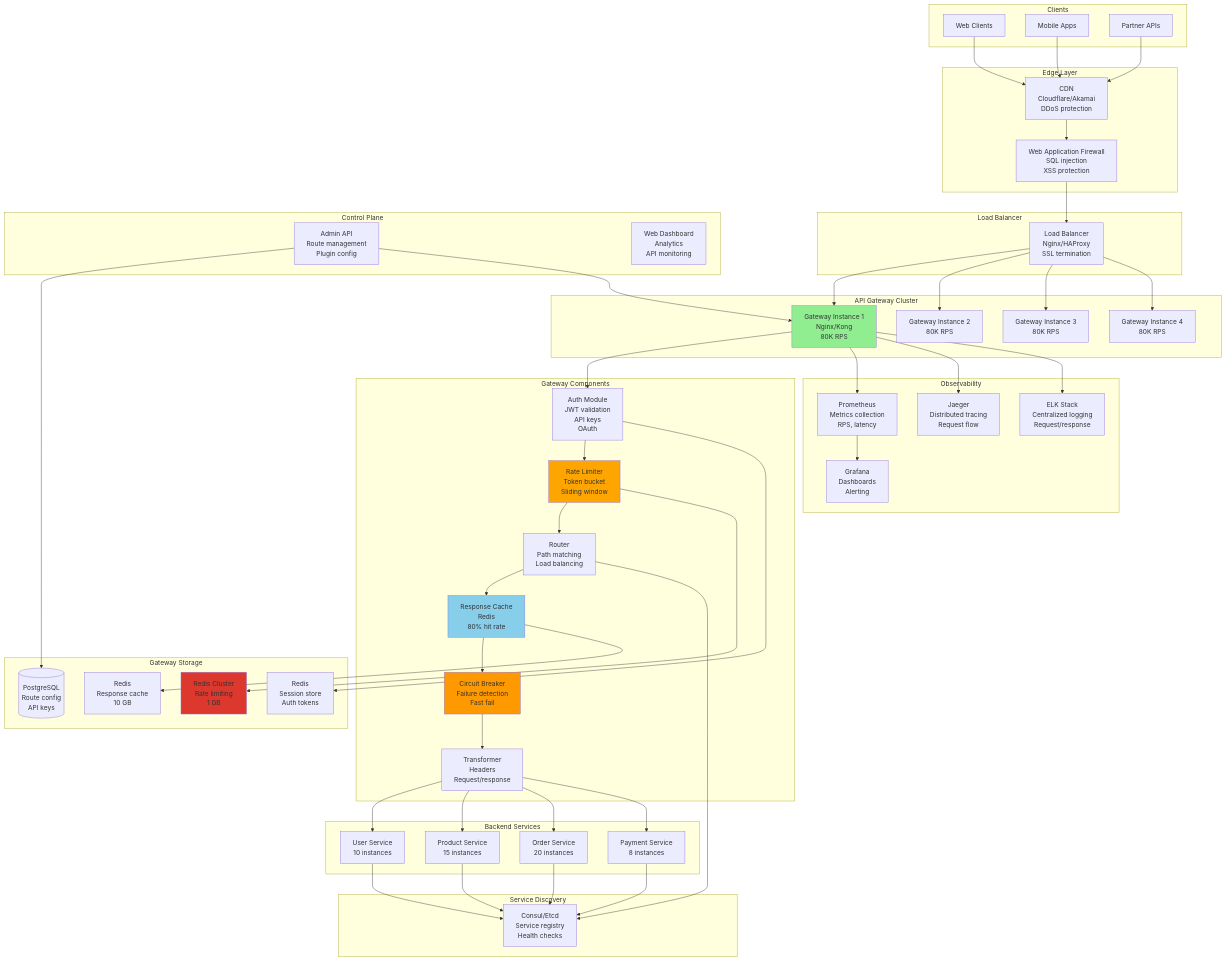
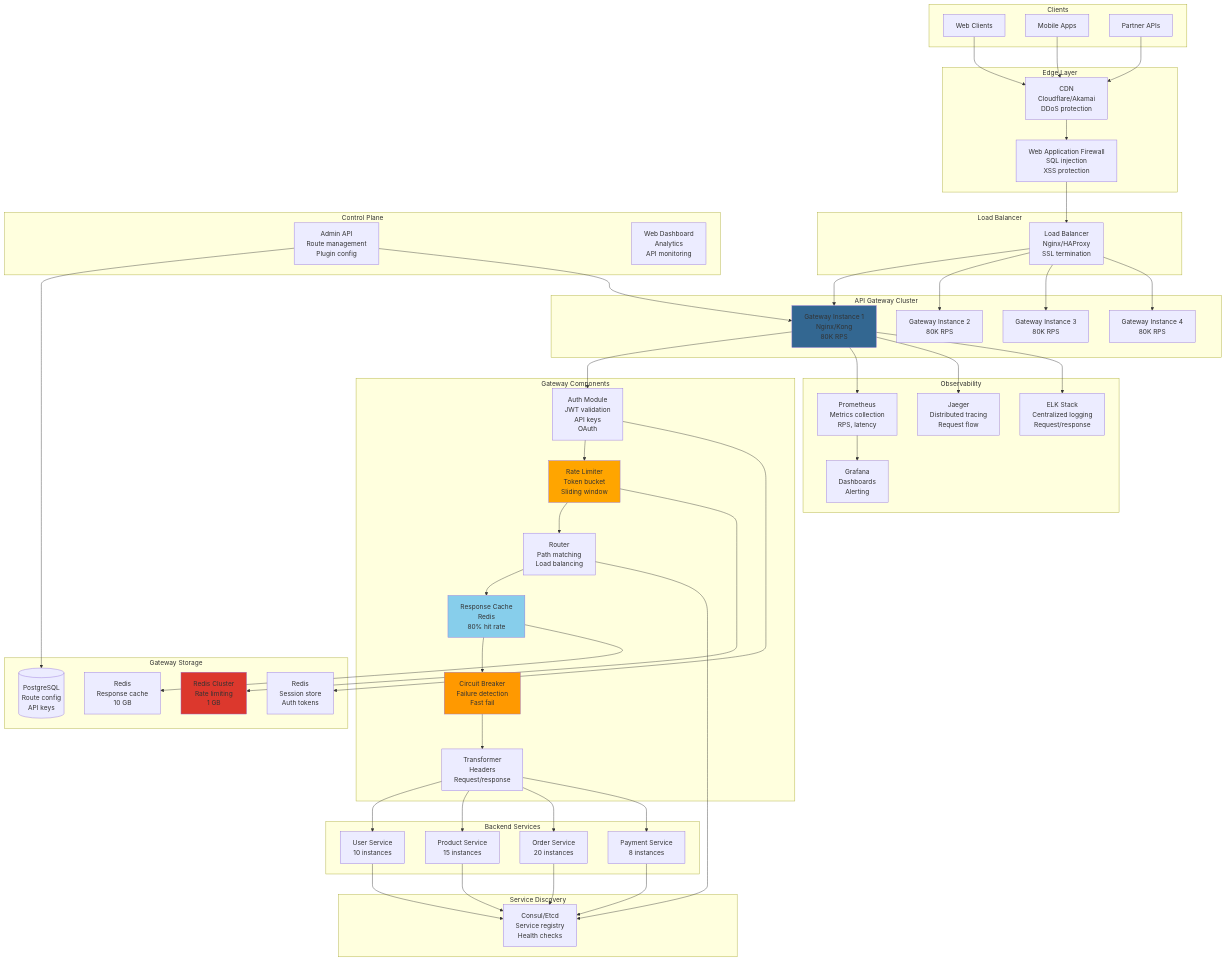
Before and after one commit to atulRanaa/problem-solving: the diagram in Distributed Systems/System Design/API Gateway System Design.md, drawn with Mermaid. The commit also changed 22 other files, not shown here.

```diff
--- a/Distributed Systems/System Design/API Gateway System Design.md
+++ b/Distributed Systems/System Design/API Gateway System Design.md
@@ -647,7 +647,7 @@
     ADMIN_API --> CONFIG_DB
     ADMIN_API --> GW1
     
-    style GW1 fill:#90EE90
+    style GW1 fill:#336791
     style RATELIMIT fill:#ffa500
     style REDIS_RATE fill:#dc382d
     style CIRCUIT fill:#ff9900
```
